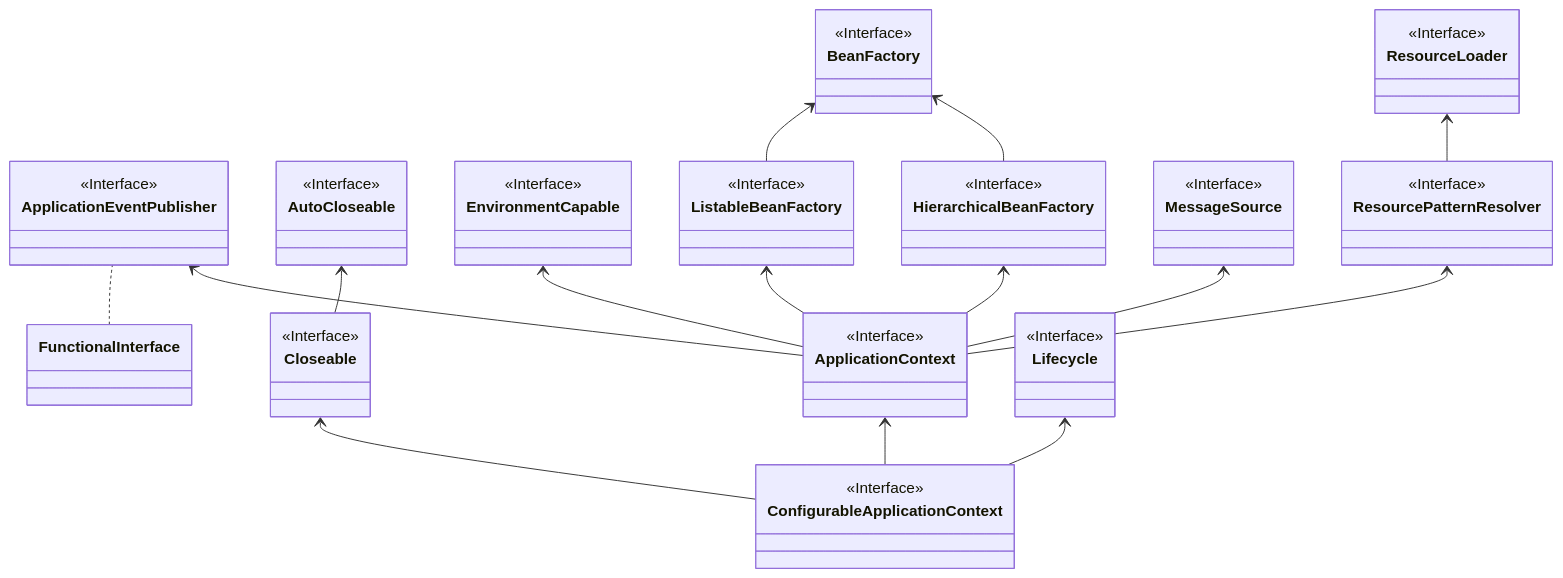
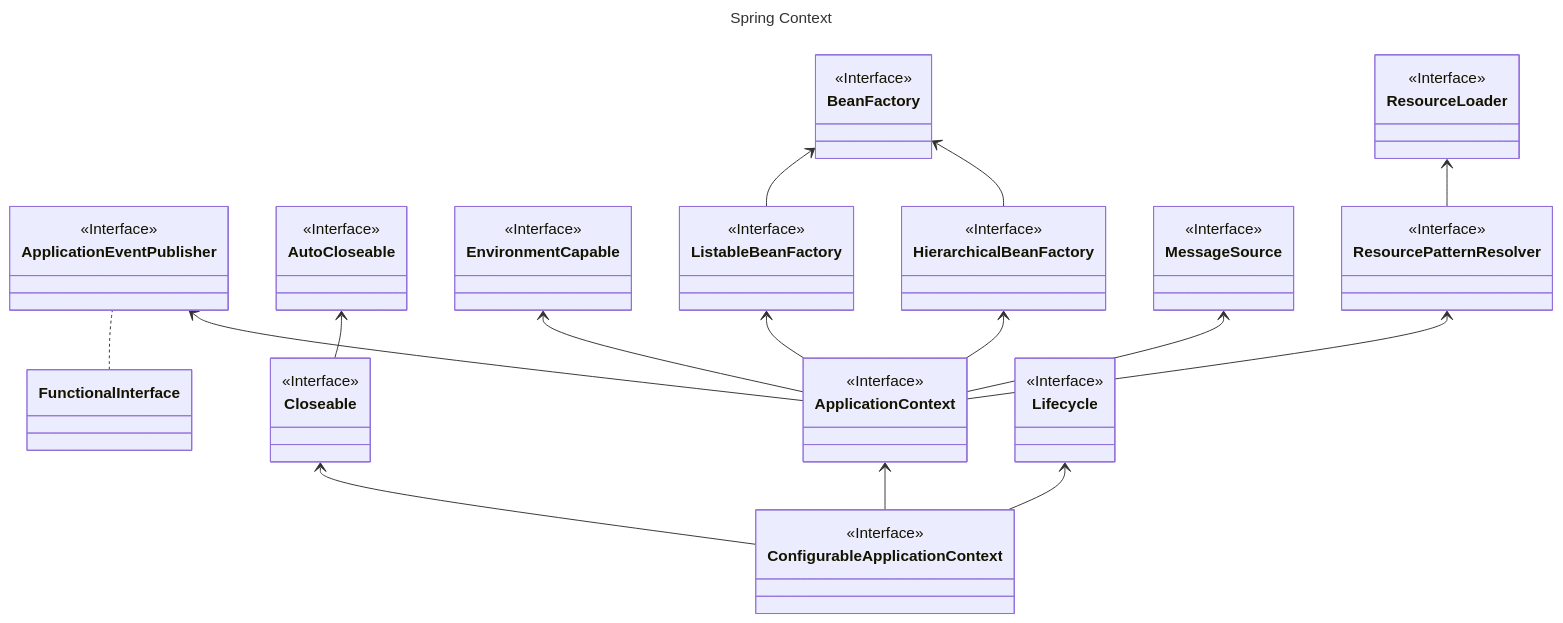
The first of 3 diagrams in docs/spring/SpringContext.md (deipss/deipss.github.io), drawn with Mermaid before and after one commit. The commit also changed other lines of this file and 2 other files, not shown here.

Commit message:
spring context

````diff
--- a/docs/spring/SpringContext.md
+++ b/docs/spring/SpringContext.md
@@ -10,73 +9,63 @@
 ```mermaid
+---
+title: Spring Context
+---
 classDiagram
-direction BT
-class ApplicationContext {
-<<Interface>>
+    direction BT
+    class ApplicationContext {
+        <<Interface>>
+    }
+    class ApplicationEventPublisher {
+        <<Interface>>
+    }
+    class AutoCloseable {
+        <<Interface>>
+    }
+    class BeanFactory {
+        <<Interface>>
+    }
+    class Closeable {
+        <<Interface>>
+    }
+    class ConfigurableApplicationContext {
+        <<Interface>>
+    }
+    class EnvironmentCapable {
+        <<Interface>>
+    }
+    class FunctionalInterface
+    class HierarchicalBeanFactory {
+        <<Interface>>
+    }
+    class Lifecycle {
+        <<Interface>>
+    }
+    class ListableBeanFactory {
+        <<Interface>>
+    }
+    class MessageSource {
+        <<Interface>>
+    }
+    class ResourceLoader {
+        <<Interface>>
+    }
+    class ResourcePatternResolver {
+        <<Interface>>
+    }
 
-}
-class ApplicationEventPublisher {
-<<Interface>>
-
-}
-class AutoCloseable {
-<<Interface>>
-
-}
-class BeanFactory {
-<<Interface>>
-
-}
-class Closeable {
-<<Interface>>
-
-}
-class ConfigurableApplicationContext {
-<<Interface>>
-
-}
-class EnvironmentCapable {
-<<Interface>>
-
-}
-class FunctionalInterface
-class HierarchicalBeanFactory {
-<<Interface>>
-
-}
-class Lifecycle {
-<<Interface>>
-
-}
-class ListableBeanFactory {
-<<Interface>>
-
-}
-class MessageSource {
-<<Interface>>
-
-}
-class ResourceLoader {
-<<Interface>>
-
-}
-class ResourcePatternResolver {
-<<Interface>>
-
-}
-
-ApplicationContext  -->  ApplicationEventPublisher 
-ApplicationContext  -->  EnvironmentCapable 
-ApplicationContext  -->  HierarchicalBeanFactory 
-ApplicationContext  -->  ListableBeanFactory 
-ApplicationContext  -->  MessageSource 
-ApplicationContext  -->  ResourcePatternResolver 
-FunctionalInterface  ..  ApplicationEventPublisher 
-Closeable  -->  AutoCloseable 
-ConfigurableApplicationContext  -->  ApplicationContext 
-ConfigurableApplicationContext  -->  Closeable 
-ConfigurableApplicationContext  -->  Lifecycle 
-HierarchicalBeanFactory  -->  BeanFactory 
-ListableBeanFactory  -->  BeanFactory 
-ResourcePatternResolver  -->  ResourceLoader 
+    ApplicationContext --> ApplicationEventPublisher
+    ApplicationContext --> EnvironmentCapable
+    ApplicationContext --> HierarchicalBeanFactory
+    ApplicationContext --> ListableBeanFactory
+    ApplicationContext --> MessageSource
+    ApplicationContext --> ResourcePatternResolver
+    FunctionalInterface .. ApplicationEventPublisher
+    Closeable --> AutoCloseable
+    ConfigurableApplicationContext --> ApplicationContext
+    ConfigurableApplicationContext --> Closeable
+    ConfigurableApplicationContext --> Lifecycle
+    HierarchicalBeanFactory --> BeanFactory
+    ListableBeanFactory --> BeanFactory
+    ResourcePatternResolver --> ResourceLoader
 
 ```
````
